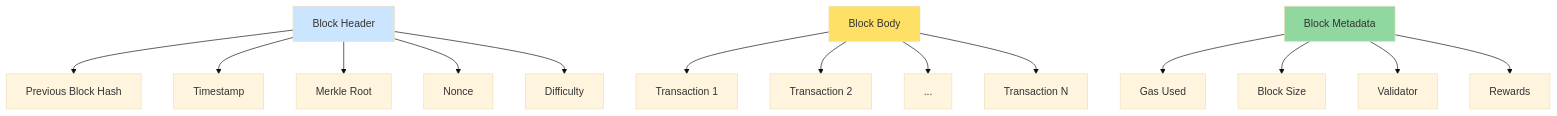
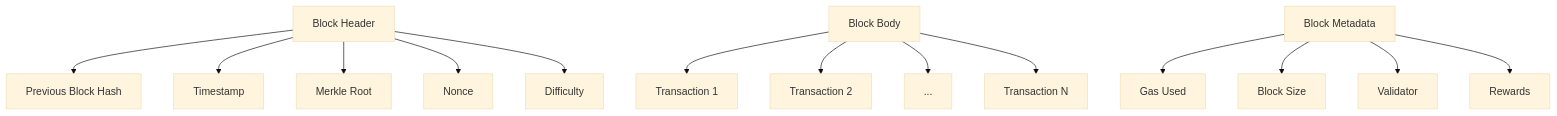
Diagram 21 of 23 in Industry/Blockchain/Blockchain/ValueChain/QA_MistralAI.md (ljg-cqu/knowledge), drawn with Mermaid (base theme) before and after one commit. The commit also changed other lines of this file, not shown here.

Commit message:
Enhance value chain analysis in QA_MistralAI.md by refining flow diagrams and adding key characteristics. Improved clarity on capital cycles, fee flows, and governance mechanisms to better illustrate stakeholder interactions and regulatory impacts.

````diff
--- a/Industry/Blockchain/Blockchain/ValueChain/QA_MistralAI.md
+++ b/Industry/Blockchain/Blockchain/ValueChain/QA_MistralAI.md
@@ -1405,22 +1383,19 @@
 ```mermaid
 graph TD
     A[Block Header] --> B[Previous Block Hash]
     A --> C[Timestamp]
     A --> D[Merkle Root]
     A --> E[Nonce]
     A --> F[Difficulty]
     
     G[Block Body] --> H[Transaction 1]
     G --> I[Transaction 2]
     G --> J[...]
     G --> K[Transaction N]
     
     L[Block Metadata] --> M[Gas Used]
     L --> N[Block Size]
     L --> O[Validator]
     L --> P[Rewards]
     
-    style A fill:#cce5ff
-    style G fill:#ffe066
-    style L fill:#90d7a0
 ```
````
